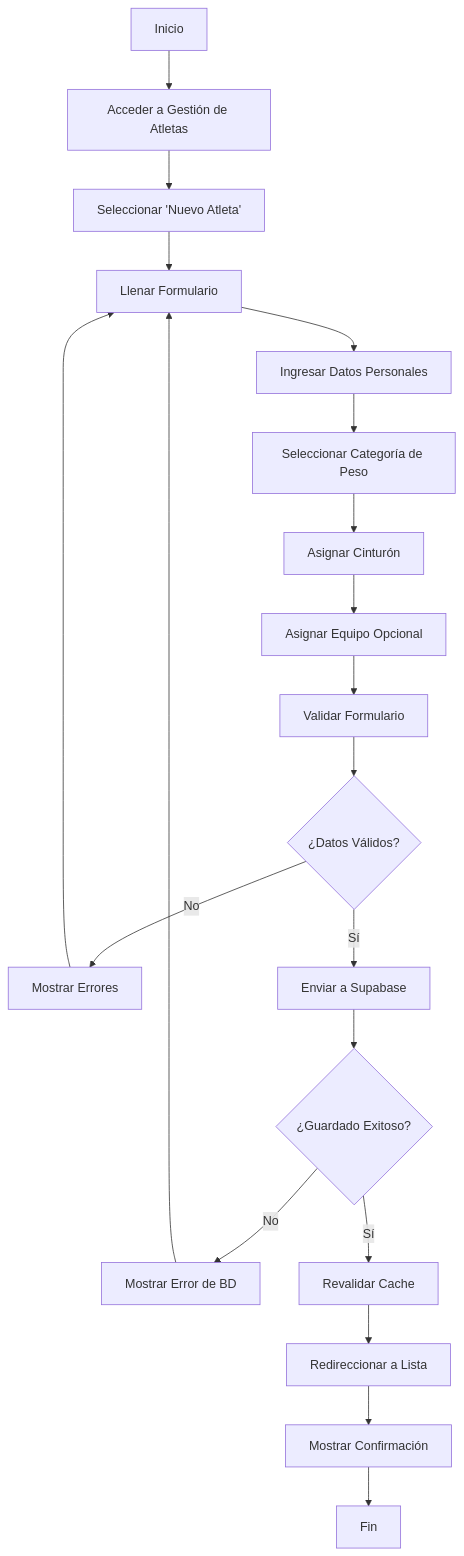
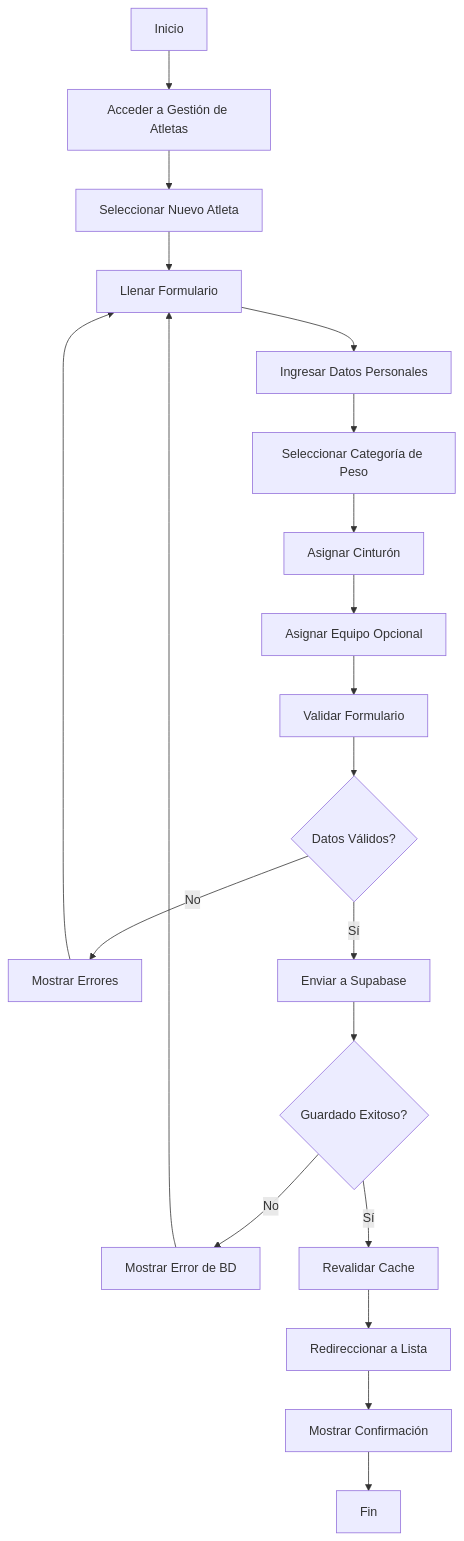
Before and after one commit to agustino42/asociacion-karate: the fourth of 6 diagrams in DIAGRAMAS_UML.md, drawn with Mermaid. The commit also changed other lines of this file, not shown here.

Commit message:
DIAGRAMAS_UML

````diff
--- a/DIAGRAMAS_UML.md
+++ b/DIAGRAMAS_UML.md
@@ -224,24 +223,24 @@
 ```mermaid
 flowchart TD
     A[Inicio] --> B[Acceder a Gestión de Atletas]
-    B --> C[Seleccionar 'Nuevo Atleta']
+    B --> C[Seleccionar Nuevo Atleta]
     C --> D[Llenar Formulario]
     D --> E[Ingresar Datos Personales]
     E --> F[Seleccionar Categoría de Peso]
     F --> G[Asignar Cinturón]
     G --> H[Asignar Equipo Opcional]
     H --> I[Validar Formulario]
-    I --> J{¿Datos Válidos?}
+    I --> J{Datos Válidos?}
     
     J -->|No| K[Mostrar Errores]
     K --> D
     J -->|Sí| L[Enviar a Supabase]
-    L --> M{¿Guardado Exitoso?}
+    L --> M{Guardado Exitoso?}
     
     M -->|No| N[Mostrar Error de BD]
     N --> D
     M -->|Sí| O[Revalidar Cache]
     O --> P[Redireccionar a Lista]
     P --> Q[Mostrar Confirmación]
     Q --> R[Fin]
 ```
````
